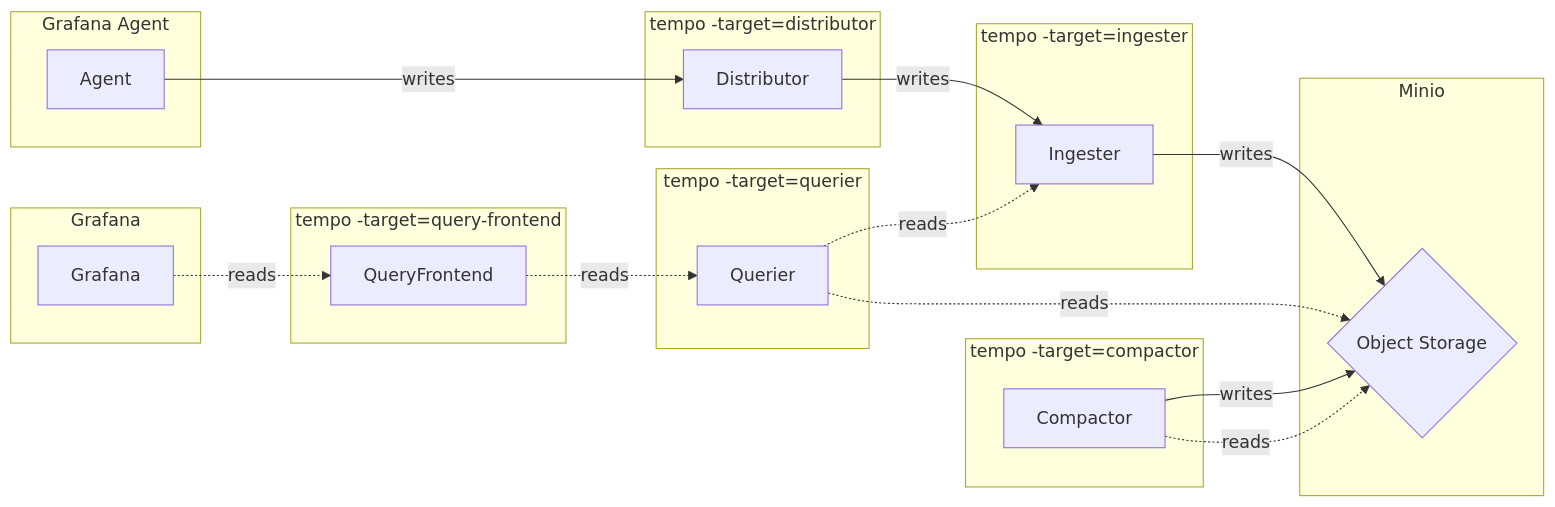
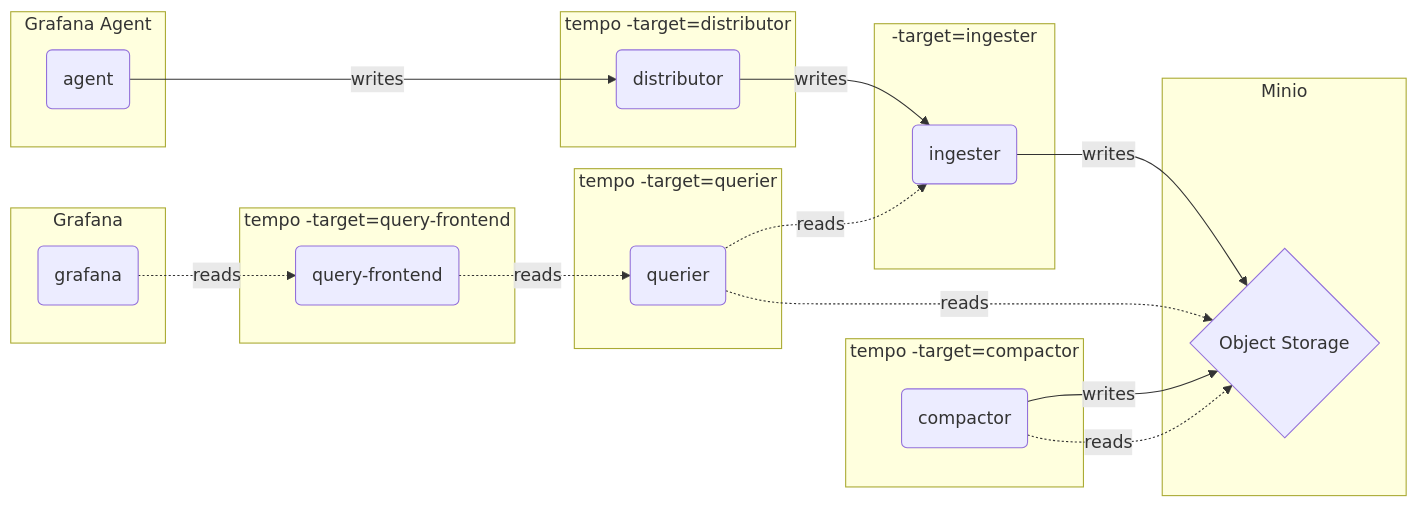
Before and after one commit to qclaogui/codelab-monitoring: the diagram in docker-compose/microservices-mode/traces/README.md, drawn with Mermaid. The commit also changed 5 other files, not shown here.

Commit message:
Flowchart code clean

````diff
--- a/docker-compose/microservices-mode/traces/README.md
+++ b/docker-compose/microservices-mode/traces/README.md
@@ -9,38 +9,33 @@
 ```mermaid
 flowchart LR
-    Agent   --->|writes| Distributor -->   |writes| Ingester -->|writes| ObjectStorage
-    Grafana -.->|reads | QueryFrontend -.->|reads | Querier -.->|reads | ObjectStorage
+    A --->|writes| D   -->|writes| I  -->|writes| M
+    G -.->|reads | QF -.->|reads | Q -.->|reads | M
 
     subgraph Minio
-        ObjectStorage{"Object Storage"}
+        M{"Object Storage"}
+    end
+    subgraph Agent["Grafana Agent"]
+        A("agent")
+    end
+    subgraph Grafana
+        G("grafana")
     end
 
-    subgraph GrafanaAgent["Grafana Agent"]
-        Agent
+    subgraph Ingester[" -target=ingester"]
+        I("ingester")
     end
-
-    subgraph GFGraph["Grafana"]
-        Grafana
+    subgraph Distributor["tempo -target=distributor"]
+        D("distributor")
     end
-
-    subgraph TempoIngester["tempo -target=ingester"]
-        Ingester
+    subgraph Querier["tempo -target=querier"]
+        Q("querier") -.->|reads| I
     end
-
-    subgraph TempoDistributor["tempo -target=distributor"]
-        Distributor
+    subgraph QueryFrontend["tempo -target=query-frontend"]
+        QF("query-frontend")
     end
-
-    subgraph TempoQuerier["tempo -target=querier"]
-        Querier -.->|reads| Ingester
-    end
-
-    subgraph TempoQueryFrontend["tempo -target=query-frontend"]
-        QueryFrontend
-    end
-
-    subgraph TempoCompactor["tempo -target=compactor"]
-        Compactor --> |writes| ObjectStorage
-        Compactor -.->|reads | ObjectStorage
+    subgraph Compactor["tempo -target=compactor"]
+        C("compactor")
+        C  -->|writes| M
+        C -.->|reads | M
     end
 ```
````
